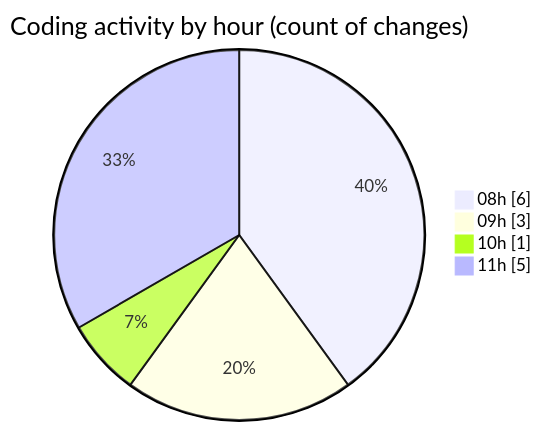
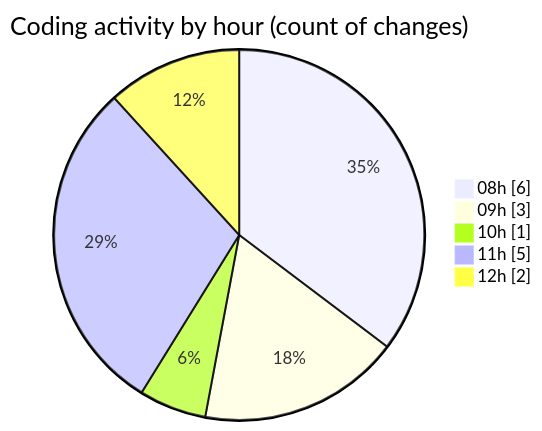
One commit to LanceThiago/code-tracking changed the second of 2 diagrams in 2025-07-02/web/README.md. Above: the diagram before and after it, drawn with Mermaid. The commit also changed other lines of this file and 1 other file, not shown here.

````diff
--- a/2025-07-02/web/README.md
+++ b/2025-07-02/web/README.md
@@ -28,8 +28,9 @@
 ```mermaid
 pie showData
 title Coding activity by hour (count of changes)
 "08h" : 6
 "09h" : 3
 "10h" : 1
 "11h" : 5
+"12h" : 2
 ```
````
